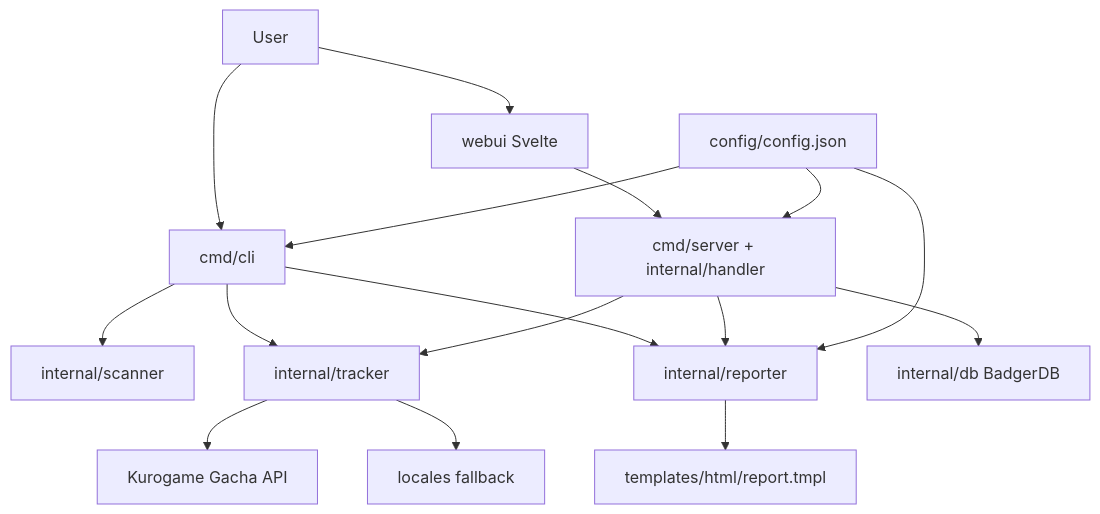
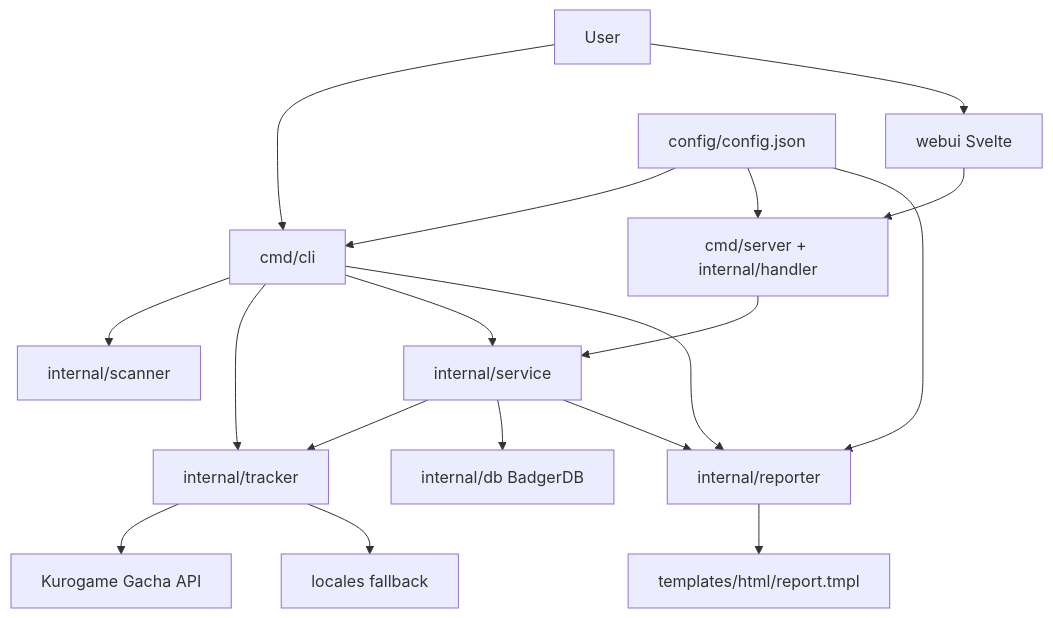
One commit to meteormin/wuwa-tracker changed the first of 3 diagrams in DESIGN.md. Above: the diagram before and after it, drawn with Mermaid. The commit also changed other lines of this file and 6 other files, not shown here.

````diff
--- a/DESIGN.md
+++ b/DESIGN.md
@@ -14,18 +14,20 @@
 ```mermaid
 flowchart TD
     User["User"] --> CLI["cmd/cli"]
     User --> UI["webui Svelte"]
     CLI --> Scanner["internal/scanner"]
     CLI --> Tracker["internal/tracker"]
+    CLI --> Service["internal/service"]
     CLI --> Reporter["internal/reporter"]
     UI --> API["cmd/server + internal/handler"]
-    API --> Tracker
-    API --> DB["internal/db BadgerDB"]
-    API --> Reporter
+    API --> Service
+    Service --> Tracker
+    Service --> DB["internal/db BadgerDB"]
+    Service --> Reporter
     Tracker --> RemoteAPI["Kurogame Gacha API"]
     Tracker --> Locales["locales fallback"]
     Reporter --> Templates["templates/html/report.tmpl"]
     Config["config/config.json"] --> CLI
     Config --> API
     Config --> Reporter
 ```
````
